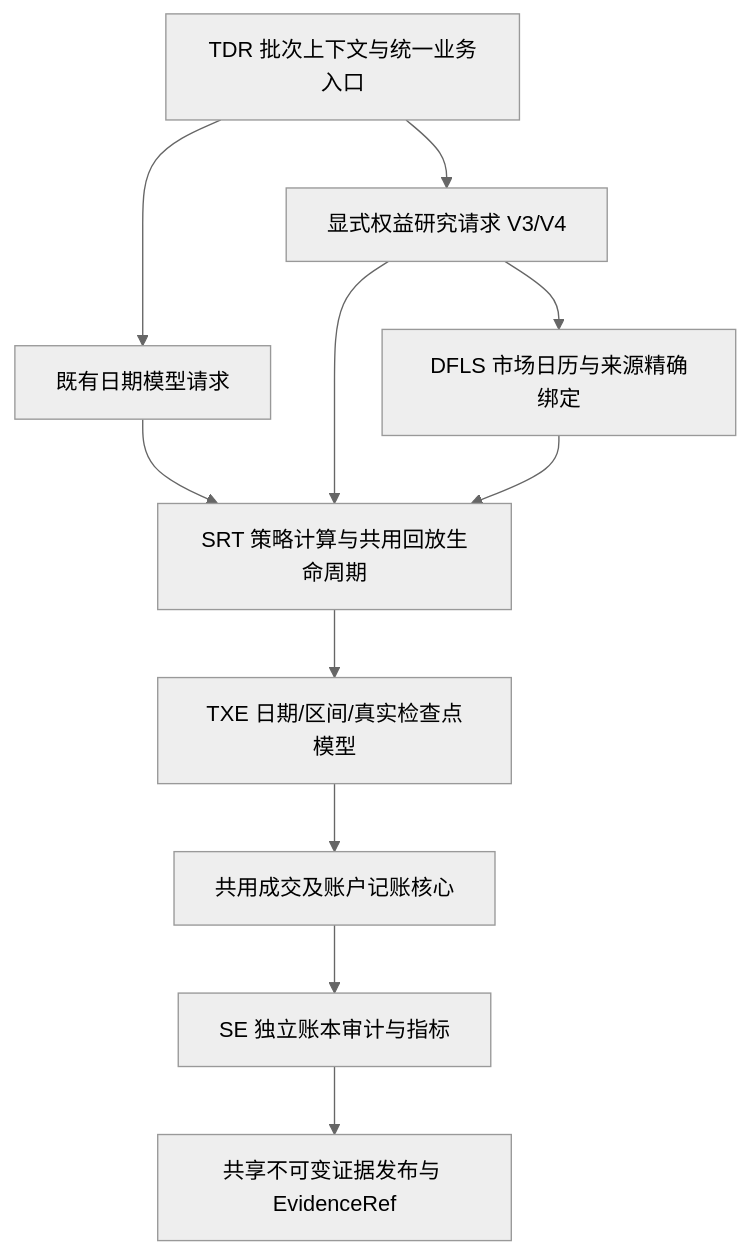
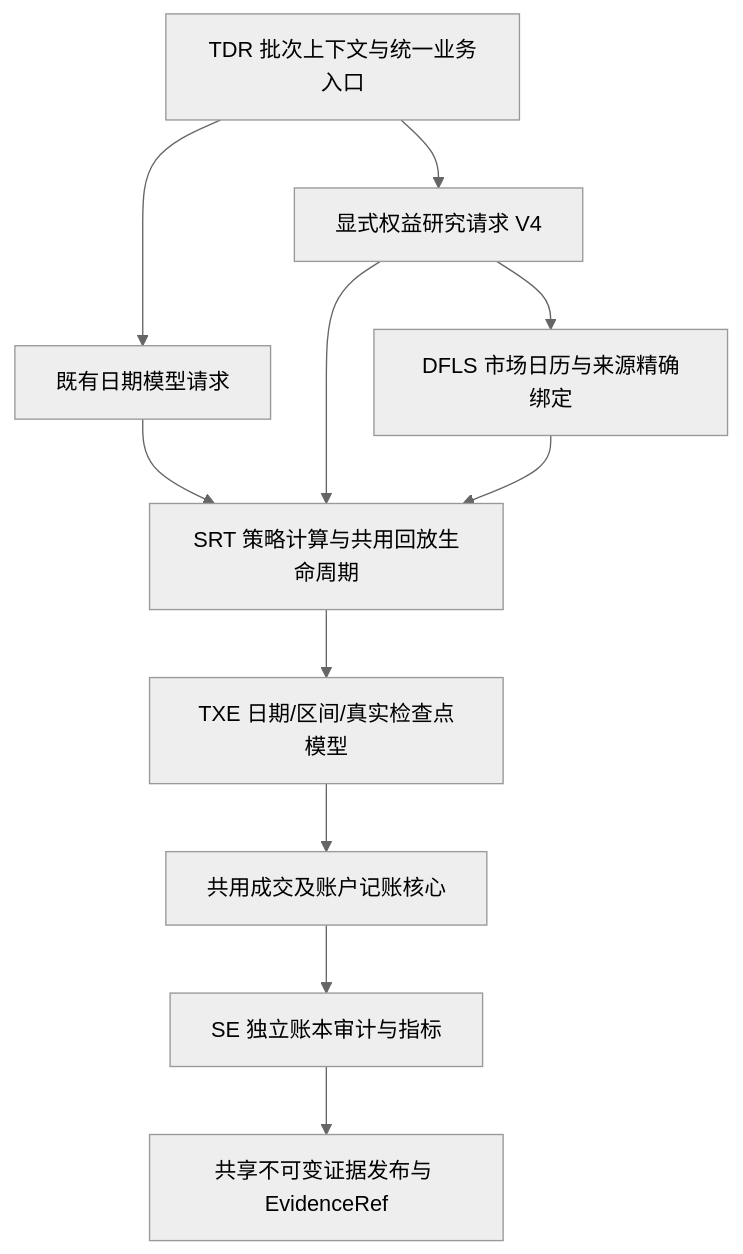
One commit to tomxiao/czsc_trader changed the diagram in src/czsc_trader/README.md. Above: the diagram before and after it, drawn with Mermaid (neutral theme). The commit also changed other lines of this file and 75 other files, not shown here.

````diff
--- a/src/czsc_trader/README.md
+++ b/src/czsc_trader/README.md
@@ -1156,13 +1093,13 @@
 ```mermaid
 flowchart TD
     TDR[TDR 批次上下文与统一业务入口] --> A[既有日期模型请求]
-    TDR --> U[显式权益研究请求 V3/V4]
+    TDR --> U[显式权益研究请求 V4]
     U --> D[DFLS 市场日历与来源精确绑定]
     A --> S[SRT 策略计算与共用回放生命周期]
     U --> S
     D --> S
     S --> X[TXE 日期/区间/真实检查点模型]
     X --> F[共用成交及账户记账核心]
     F --> E[SE 独立账本审计与指标]
     E --> R[共享不可变证据发布与 EvidenceRef]
 ```
````
